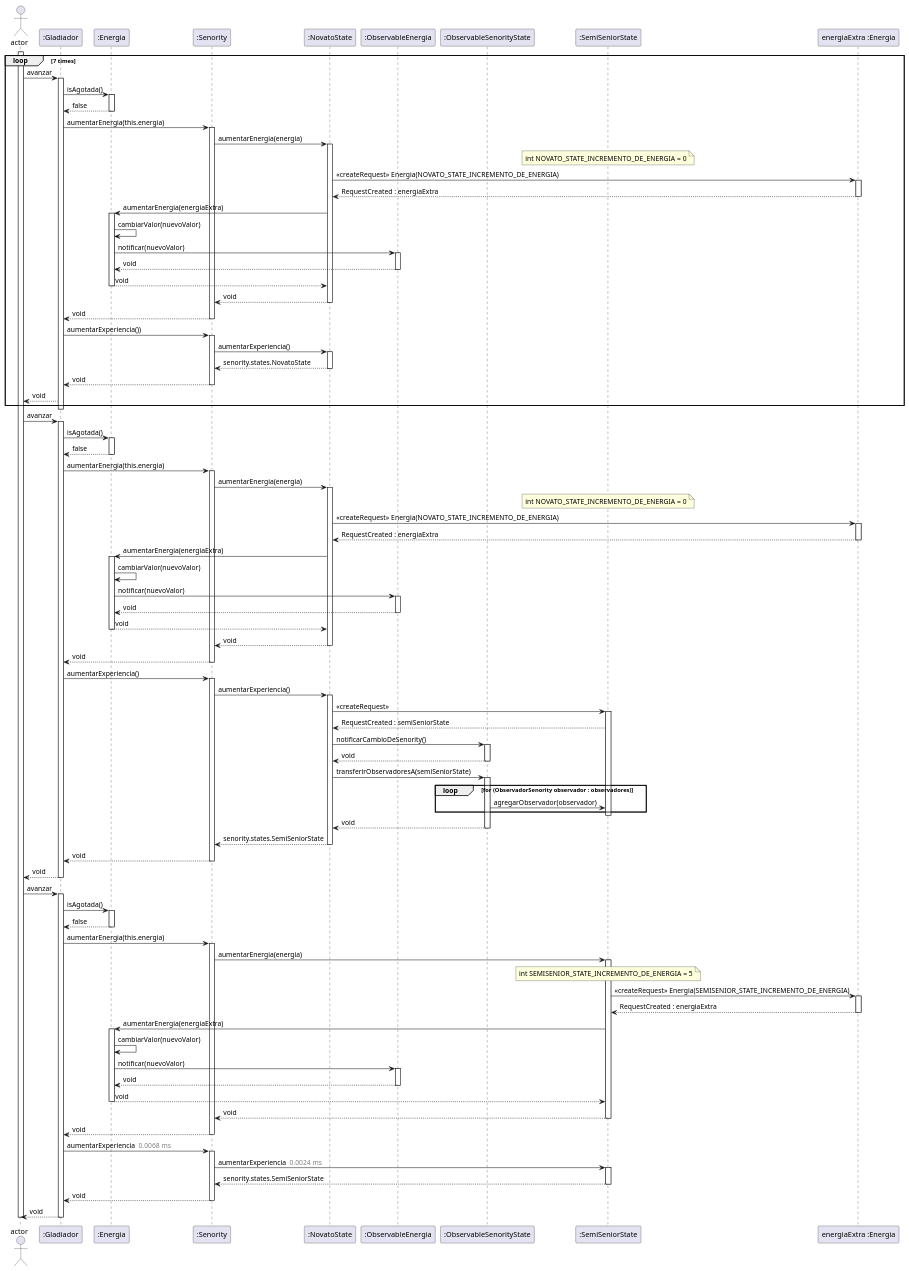
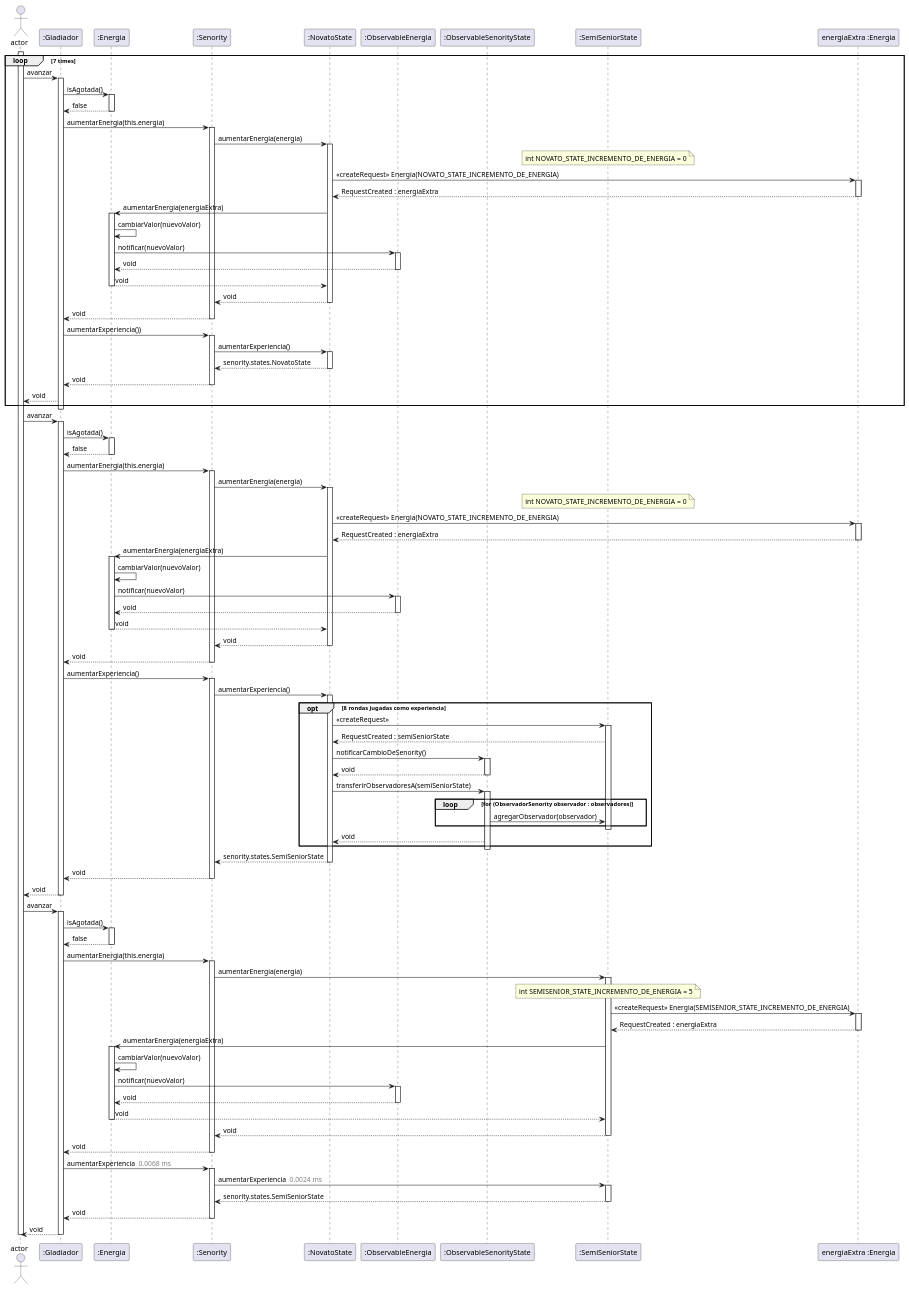
One commit to RodriguezNazareno56/FIUBA-Algo3-TP2 changed the diagram in diagrams/sequences/CasoDeUso8Test_verificarQueSiPasan8TurnosElSeniorityDelGladiadorPasaDeNovatoASemiSeniorYVeSuEnergiaIncrementadaAlProximoTurno.plantuml. Above: the diagram before and after it, drawn with PlantUML. The commit also changed 3 other files, not shown here.

Commit message:
mas diagramas de como funciona el seniority

```diff
--- a/diagrams/sequences/CasoDeUso8Test_verificarQueSiPasan8TurnosElSeniorityDelGladiadorPasaDeNovatoASemiSeniorYVeSuEnergiaIncrementadaAlProximoTurno.plantuml
+++ b/diagrams/sequences/CasoDeUso8Test_verificarQueSiPasan8TurnosElSeniorityDelGladiadorPasaDeNovatoASemiSeniorYVeSuEnergiaIncrementadaAlProximoTurno.plantuml
@@ -1,154 +1,156 @@
 @startuml
 actor Actor as "actor"
 participant Gladiador as ":Gladiador"
 participant Energia as ":Energia"
 participant Senority as ":Senority"
 participant NovatoState as ":NovatoState"
 participant ObservableEnergia as ":ObservableEnergia"
 participant ObservableSenorityState as ":ObservableSenorityState"
 participant SemiSeniorState as ":SemiSeniorState"
 participant EnergiaExtra as "energiaExtra :Energia"
 
   Note right
 verificarQueSiPasan8TurnosElSeniorityDelGladiadorPasaDeNovatoASemiSeniorYVeSuEnergiaIncrementadaAlProximoTurno
   End note
     loop 7 times
   activate Actor
     Actor->Gladiador: avanzar
     activate Gladiador
       Gladiador->Energia: isAgotada()
       activate Energia
       Gladiador<--Energia: false
       deactivate Energia
       Gladiador->Senority: aumentarEnergia(this.energia)
       activate Senority
         Senority->NovatoState: aumentarEnergia(energia)
         activate NovatoState
         note over SemiSeniorState : int NOVATO_STATE_INCREMENTO_DE_ENERGIA = 0
         NovatoState->EnergiaExtra: << createRequest >> Energia(NOVATO_STATE_INCREMENTO_DE_ENERGIA)
         activate EnergiaExtra
         EnergiaExtra-->NovatoState: RequestCreated : energiaExtra
         deactivate EnergiaExtra
           NovatoState->Energia: aumentarEnergia(energiaExtra)
           activate Energia
           Energia->Energia: cambiarValor(nuevoValor)
             Energia->ObservableEnergia: notificar(nuevoValor)
             activate ObservableEnergia
             Energia<--ObservableEnergia: void
             deactivate ObservableEnergia
           NovatoState<--Energia: void
           deactivate Energia
         Senority<--NovatoState: void
         deactivate NovatoState
       Gladiador<--Senority: void
       deactivate Senority
       Gladiador->Senority: aumentarExperiencia())
       activate Senority
         Senority->NovatoState: aumentarExperiencia()
         activate NovatoState
         Senority<--NovatoState: senority.states.NovatoState
         deactivate NovatoState
       Gladiador<--Senority: void
       deactivate Senority
     Actor<--Gladiador: void
     end
 
 
 
 
     deactivate Gladiador
     Actor->Gladiador: avanzar
         activate Gladiador
           Gladiador->Energia: isAgotada()
           activate Energia
           Gladiador<--Energia: false
           deactivate Energia
           Gladiador->Senority: aumentarEnergia(this.energia)
           activate Senority
             Senority->NovatoState: aumentarEnergia(energia)
             activate NovatoState
             note over SemiSeniorState : int NOVATO_STATE_INCREMENTO_DE_ENERGIA = 0
             NovatoState->EnergiaExtra: << createRequest >> Energia(NOVATO_STATE_INCREMENTO_DE_ENERGIA)
             activate EnergiaExtra
             EnergiaExtra-->NovatoState: RequestCreated : energiaExtra
             deactivate EnergiaExtra
               NovatoState->Energia: aumentarEnergia(energiaExtra)
               activate Energia
               Energia->Energia: cambiarValor(nuevoValor)
                 Energia->ObservableEnergia: notificar(nuevoValor)
                 activate ObservableEnergia
                 Energia<--ObservableEnergia: void
                 deactivate ObservableEnergia
               NovatoState<--Energia: void
               deactivate Energia
             Senority<--NovatoState: void
             deactivate NovatoState
           Gladiador<--Senority: void
           deactivate Senority
       Gladiador->Senority: aumentarExperiencia()
       activate Senority
         Senority->NovatoState: aumentarExperiencia()
+        opt 8 rondas jugadas como experiencia
         activate NovatoState
           NovatoState->SemiSeniorState: << createRequest >>
           activate SemiSeniorState
           SemiSeniorState-->NovatoState: RequestCreated : semiSeniorState
           NovatoState->ObservableSenorityState: notificarCambioDeSenority()
           activate ObservableSenorityState
           NovatoState<--ObservableSenorityState: void
           deactivate ObservableSenorityState
           NovatoState->ObservableSenorityState: transferirObservadoresA(semiSeniorState)
           activate ObservableSenorityState
           loop for (ObservadorSenority observador : observadores)
           ObservableSenorityState->SemiSeniorState: agregarObservador(observador)
           end
           deactivate SemiSeniorState
           NovatoState<--ObservableSenorityState: void
+          end
           deactivate ObservableSenorityState
         Senority<--NovatoState: senority.states.SemiSeniorState
         deactivate NovatoState
       Gladiador<--Senority: void
       deactivate Senority
     Actor<--Gladiador: void
     deactivate Gladiador
 
 
     Actor->Gladiador: avanzar
         activate Gladiador
           Gladiador->Energia: isAgotada()
           activate Energia
           Gladiador<--Energia: false
           deactivate Energia
           Gladiador->Senority: aumentarEnergia(this.energia)
           activate Senority
             Senority->SemiSeniorState: aumentarEnergia(energia)
             activate SemiSeniorState
             note over SemiSeniorState : int SEMISENIOR_STATE_INCREMENTO_DE_ENERGIA = 5
             SemiSeniorState->EnergiaExtra: << createRequest >> Energia(SEMISENIOR_STATE_INCREMENTO_DE_ENERGIA)
             activate EnergiaExtra
             EnergiaExtra-->SemiSeniorState: RequestCreated : energiaExtra
             deactivate EnergiaExtra
               SemiSeniorState->Energia: aumentarEnergia(energiaExtra)
               activate Energia
               Energia->Energia: cambiarValor(nuevoValor)
                 Energia->ObservableEnergia: notificar(nuevoValor)
                 activate ObservableEnergia
                 Energia<--ObservableEnergia: void
                 deactivate ObservableEnergia
               SemiSeniorState<--Energia: void
               deactivate Energia
             Senority<--SemiSeniorState: void
             deactivate SemiSeniorState
           Gladiador<--Senority: void
           deactivate Senority
       Gladiador->Senority: aumentarExperiencia <color:gray> 0.0068 ms</color>
       activate Senority
         Senority->SemiSeniorState: aumentarExperiencia <color:gray> 0.0024 ms</color>
         activate SemiSeniorState
         Senority<--SemiSeniorState: senority.states.SemiSeniorState
         deactivate SemiSeniorState
       Gladiador<--Senority: void
       deactivate Senority
     Actor<--Gladiador: void
     deactivate Gladiador
   deactivate Actor
 @enduml
```
